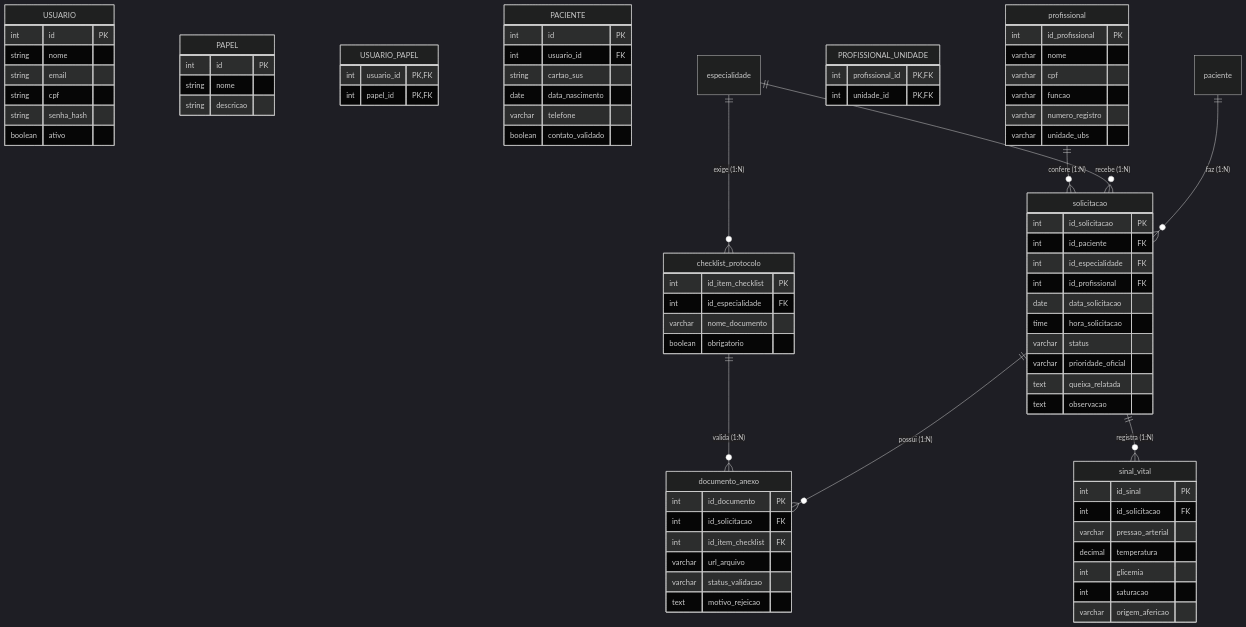
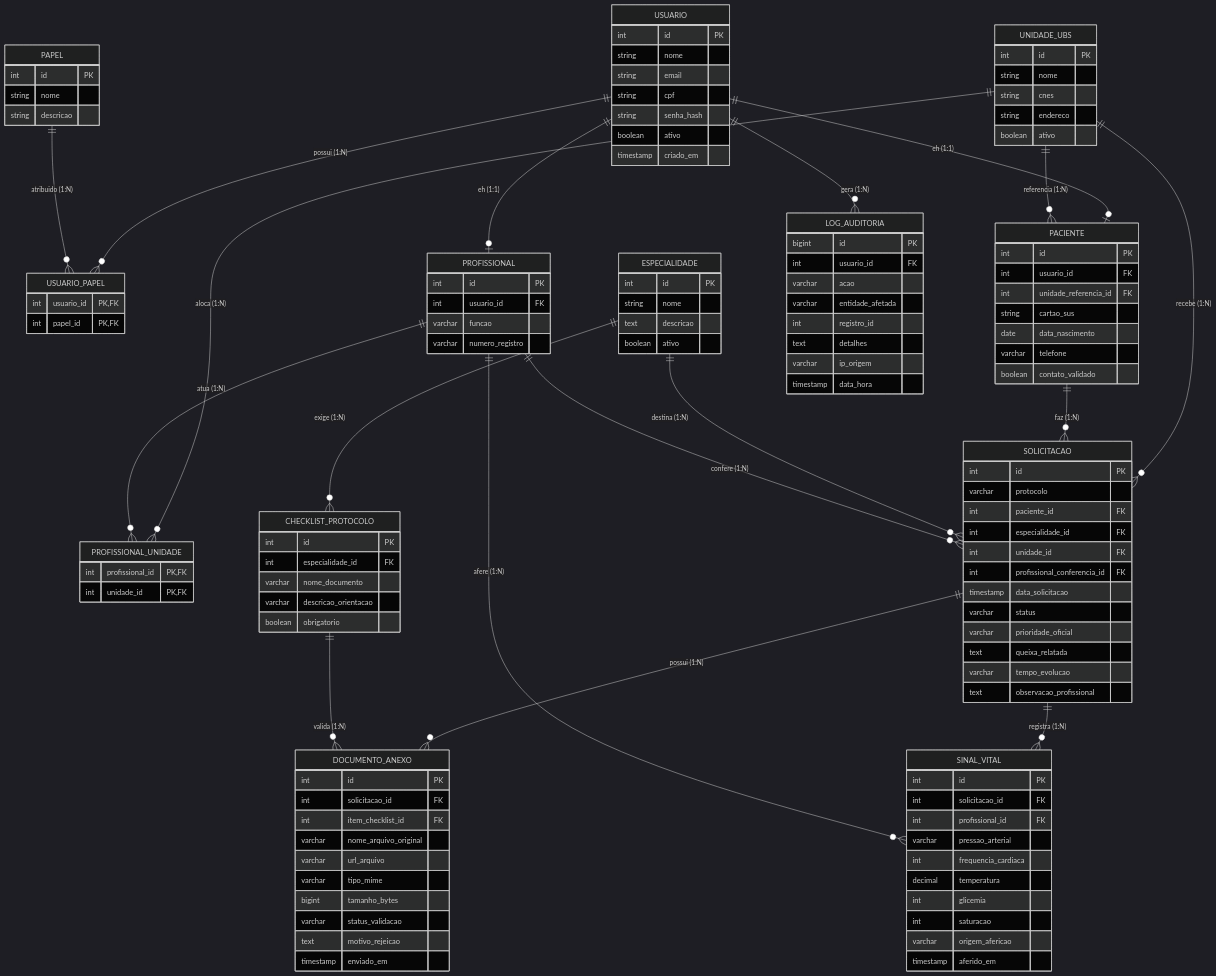
Before and after one commit to larissavlima7-cmd/TriaSus: the diagram in README.md, drawn with Mermaid (dark theme).

Commit message:
documentação

````diff
--- a/README.md
+++ b/README.md
@@ -55,15 +55,15 @@
 ```mermaid
    
-
 erDiagram
 
-    USUARIO {
+   USUARIO {
         int id PK
         string nome
         string email
         string cpf
         string senha_hash
         boolean ativo
+        timestamp criado_em
     }
 
     PAPEL {
@@ -77,22 +77,36 @@
         int papel_id PK, FK
     }
 
+    UNIDADE_UBS {
+        int id PK
+        string nome
+        string cnes
+        string endereco
+        boolean ativo
+    }
+
+    ESPECIALIDADE {
+        int id PK
+        string nome
+        text descricao
+        boolean ativo
+    }
+
     PACIENTE {
         int id PK
         int usuario_id FK
+        int unidade_referencia_id FK
         string cartao_sus
         date data_nascimento
         varchar telefone
         boolean contato_validado
     }
 
-    profissional {
-        int id_profissional PK
-        varchar nome
-        varchar cpf
+    PROFISSIONAL {
+        int id PK
+        int usuario_id FK
         varchar funcao
         varchar numero_registro
-        varchar unidade_ubs
     }
 
     PROFISSIONAL_UNIDADE {
@@ -100,54 +114,84 @@
         int unidade_id PK, FK
     }
 
-    checklist_protocolo {
-        int id_item_checklist PK
-        int id_especialidade FK
+    CHECKLIST_PROTOCOLO {
+        int id PK
+        int especialidade_id FK
         varchar nome_documento
+        varchar descricao_orientacao
         boolean obrigatorio
     }
 
-    solicitacao {
-        int id_solicitacao PK
-        int id_paciente FK
-        int id_especialidade FK
-        int id_profissional FK
-        date data_solicitacao
-        time hora_solicitacao
+    SOLICITACAO {
+        int id PK
+        varchar protocolo
+        int paciente_id FK
+        int especialidade_id FK
+        int unidade_id FK
+        int profissional_conferencia_id FK
+        timestamp data_solicitacao
         varchar status
         varchar prioridade_oficial
         text queixa_relatada
-        text observacao
+        varchar tempo_evolucao
+        text observacao_profissional
     }
- 
-    documento_anexo {
-            int id_documento PK
-            int id_solicitacao FK
-            int id_item_checklist FK
-            varchar url_arquivo
-            varchar status_validacao
-            text motivo_rejeicao
-        }
 
-    sinal_vital {
-        int id_sinal PK
-        int id_solicitacao FK
+    DOCUMENTO_ANEXO {
+        int id PK
+        int solicitacao_id FK
+        int item_checklist_id FK
+        varchar nome_arquivo_original
+        varchar url_arquivo
+        varchar tipo_mime
+        bigint tamanho_bytes
+        varchar status_validacao
+        text motivo_rejeicao
+        timestamp enviado_em
+    }
+
+    SINAL_VITAL {
+        int id PK
+        int solicitacao_id FK
+        int profissional_id FK
         varchar pressao_arterial
+        int frequencia_cardiaca
         decimal temperatura
         int glicemia
         int saturacao
         varchar origem_afericao
+        timestamp aferido_em
     }
 
+    LOG_AUDITORIA {
+        bigint id PK
+        int usuario_id FK
+        varchar acao
+        varchar entidade_afetada
+        int registro_id
+        text detalhes
+        varchar ip_origem
+        timestamp data_hora
+    }
 
    
 
-    paciente ||--o{ solicitacao : "faz (1:N)"
-    especialidade ||--o{ solicitacao : "recebe (1:N)"
-    especialidade ||--o{ checklist_protocolo : "exige (1:N)"
-    profissional ||--o{ solicitacao : "confere (1:N)"
-    solicitacao ||--o{ documento_anexo : "possui (1:N)"
-    checklist_protocolo ||--o{ documento_anexo : "valida (1:N)"
-    solicitacao ||--o{ sinal_vital : "registra (1:N)"
+    USUARIO ||--o{ USUARIO_PAPEL : "possui (1:N)"
+    PAPEL ||--o{ USUARIO_PAPEL : "atribuido (1:N)"
+    USUARIO ||--o| PACIENTE : "eh (1:1)"
+    USUARIO ||--o| PROFISSIONAL : "eh (1:1)"
+    USUARIO ||--o{ LOG_AUDITORIA : "gera (1:N)"
+    UNIDADE_UBS ||--o{ PACIENTE : "referencia (1:N)"
+    UNIDADE_UBS ||--o{ PROFISSIONAL_UNIDADE : "aloca (1:N)"
+    PROFISSIONAL ||--o{ PROFISSIONAL_UNIDADE : "atua (1:N)"
+    UNIDADE_UBS ||--o{ SOLICITACAO : "recebe (1:N)"
+    PACIENTE ||--o{ SOLICITACAO : "faz (1:N)"
+    ESPECIALIDADE ||--o{ SOLICITACAO : "destina (1:N)"
+    ESPECIALIDADE ||--o{ CHECKLIST_PROTOCOLO : "exige (1:N)"
+    PROFISSIONAL ||--o{ SOLICITACAO : "confere (1:N)"
+    SOLICITACAO ||--o{ DOCUMENTO_ANEXO : "possui (1:N)"
+    CHECKLIST_PROTOCOLO ||--o{ DOCUMENTO_ANEXO : "valida (1:N)"
+    SOLICITACAO ||--o{ SINAL_VITAL : "registra (1:N)"
+    PROFISSIONAL ||--o{ SINAL_VITAL : "afere (1:N)"
     
 ```
````
